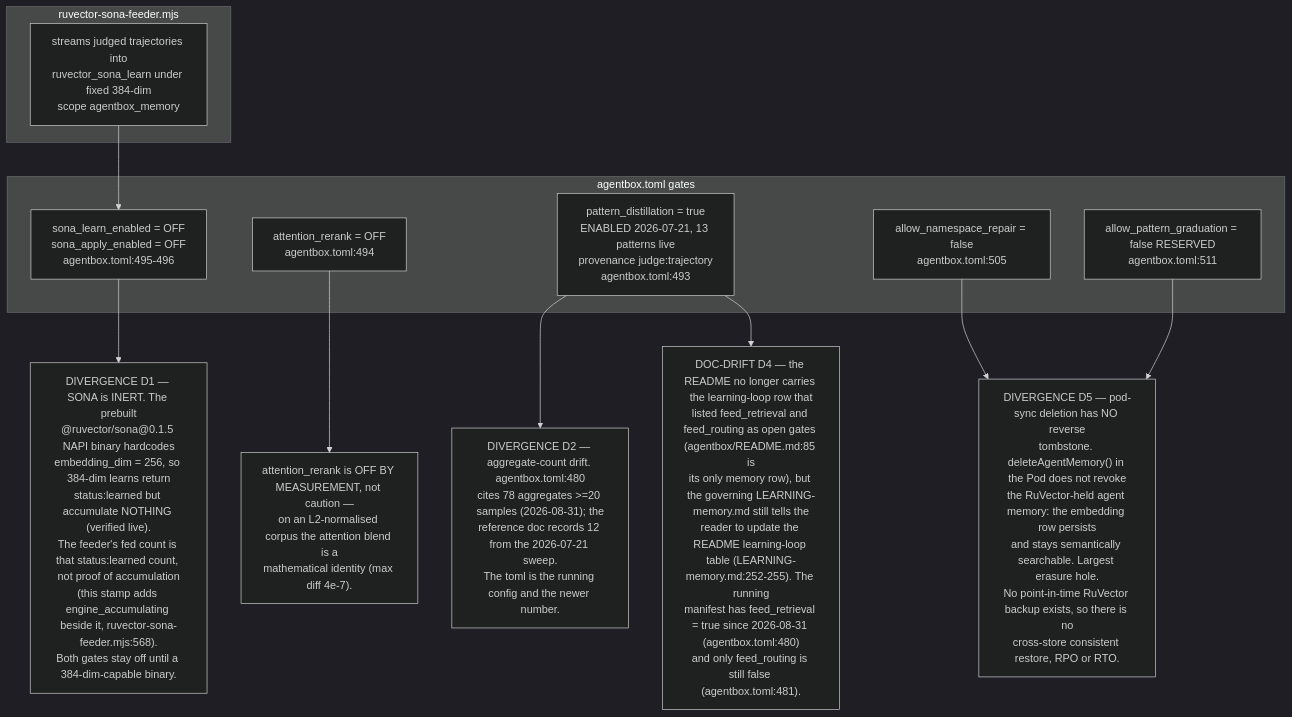
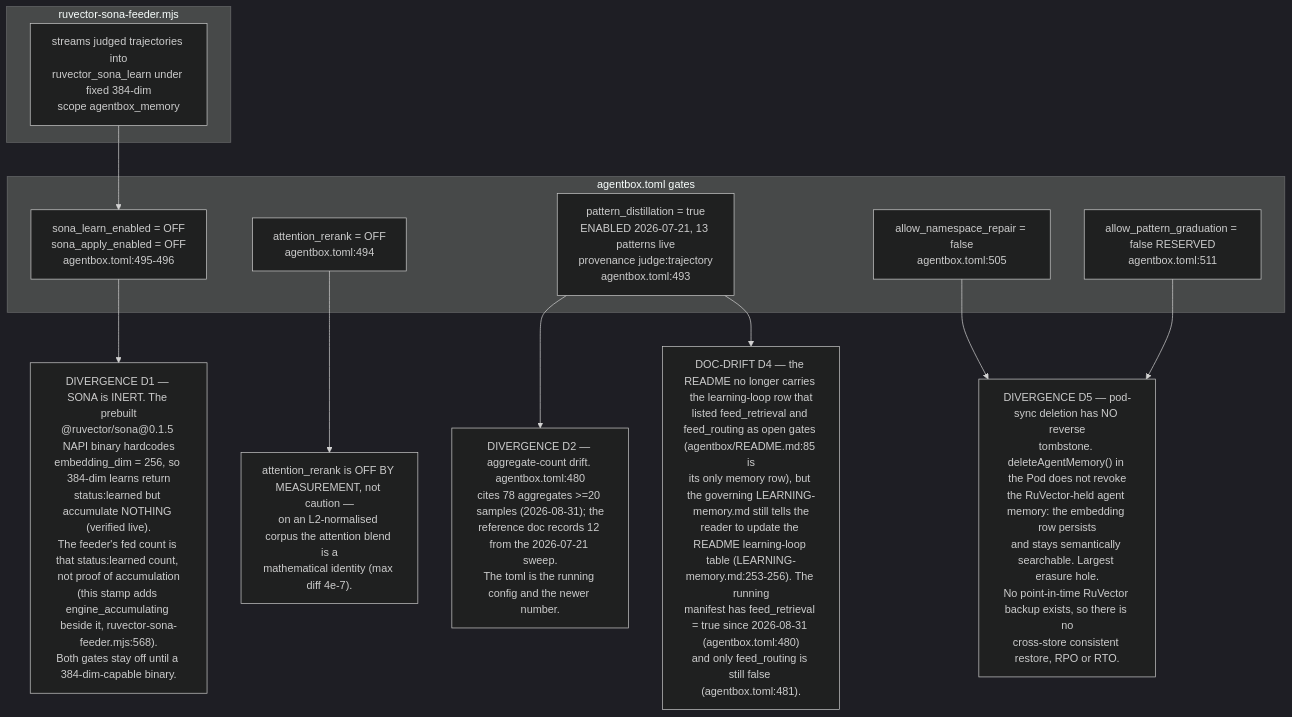
The fifth of 6 diagrams in docs/diagrams/estate/07-memory-and-embedding-estate.md (DreamLab-AI/VisionFlow), drawn with Mermaid (dark theme) before and after one commit. The commit also changed other lines of this file and 145 other files, not shown here.

````diff
--- a/docs/diagrams/estate/07-memory-and-embedding-estate.md
+++ b/docs/diagrams/estate/07-memory-and-embedding-estate.md
@@ -166,26 +167,26 @@
 ```mermaid
 flowchart TB
     subgraph feeder["ruvector-sona-feeder.mjs"]
         F1["streams judged trajectories into<br/>ruvector_sona_learn under fixed 384-dim<br/>scope agentbox_memory"]
     end
     subgraph gates["agentbox.toml gates"]
         G1["sona_learn_enabled = OFF<br/>sona_apply_enabled = OFF<br/>agentbox.toml:495-496"]
         G2["attention_rerank = OFF<br/>agentbox.toml:494"]
         G3["pattern_distillation = true<br/>ENABLED 2026-07-21, 13 patterns live<br/>provenance judge:trajectory<br/>agentbox.toml:493"]
         G4["allow_namespace_repair = false<br/>agentbox.toml:505"]
         G5["allow_pattern_graduation = false RESERVED<br/>agentbox.toml:511"]
     end
     D1["DIVERGENCE D1 — SONA is INERT. The prebuilt<br/>@ruvector/sona@0.1.5 NAPI binary hardcodes<br/>embedding_dim = 256, so 384-dim learns return<br/>status:learned but accumulate NOTHING (verified live).<br/>The feeder's fed count is that status:learned count, not proof of accumulation<br/>(this stamp adds engine_accumulating beside it, ruvector-sona-feeder.mjs:568).<br/>Both gates stay off until a 384-dim-capable binary."]
     D1B["attention_rerank is OFF BY MEASUREMENT, not caution —<br/>on an L2-normalised corpus the attention blend is a<br/>mathematical identity (max diff 4e-7)."]
     D2["DIVERGENCE D2 — aggregate-count drift. agentbox.toml:480<br/>cites 78 aggregates >=20 samples (2026-08-31); the<br/>reference doc records 12 from the 2026-07-21 sweep.<br/>The toml is the running config and the newer number."]
-    D4["DOC-DRIFT D4 — the README no longer carries the learning-loop row that<br/>listed feed_retrieval and feed_routing as open gates (agentbox/README.md:85 is<br/>its only memory row), but the governing LEARNING-memory.md still tells the<br/>reader to update the README learning-loop table (LEARNING-memory.md:252-255). The running<br/>manifest has feed_retrieval = true since 2026-08-31 (agentbox.toml:480)<br/>and only feed_routing is still false (agentbox.toml:481)."]
+    D4["DOC-DRIFT D4 — the README no longer carries the learning-loop row that<br/>listed feed_retrieval and feed_routing as open gates (agentbox/README.md:85 is<br/>its only memory row), but the governing LEARNING-memory.md still tells the<br/>reader to update the README learning-loop table (LEARNING-memory.md:253-256). The running<br/>manifest has feed_retrieval = true since 2026-08-31 (agentbox.toml:480)<br/>and only feed_routing is still false (agentbox.toml:481)."]
     D5["DIVERGENCE D5 — pod-sync deletion has NO reverse<br/>tombstone. deleteAgentMemory() in the Pod does not revoke<br/>the RuVector-held agent memory: the embedding row persists<br/>and stays semantically searchable. Largest erasure hole.<br/>No point-in-time RuVector backup exists, so there is no<br/>cross-store consistent restore, RPO or RTO."]
 
     F1 --> G1
     G1 --> D1
     G2 --> D1B
     G3 --> D2
     G3 --> D4
     G4 --> D5
     G5 --> D5
 ```
````
